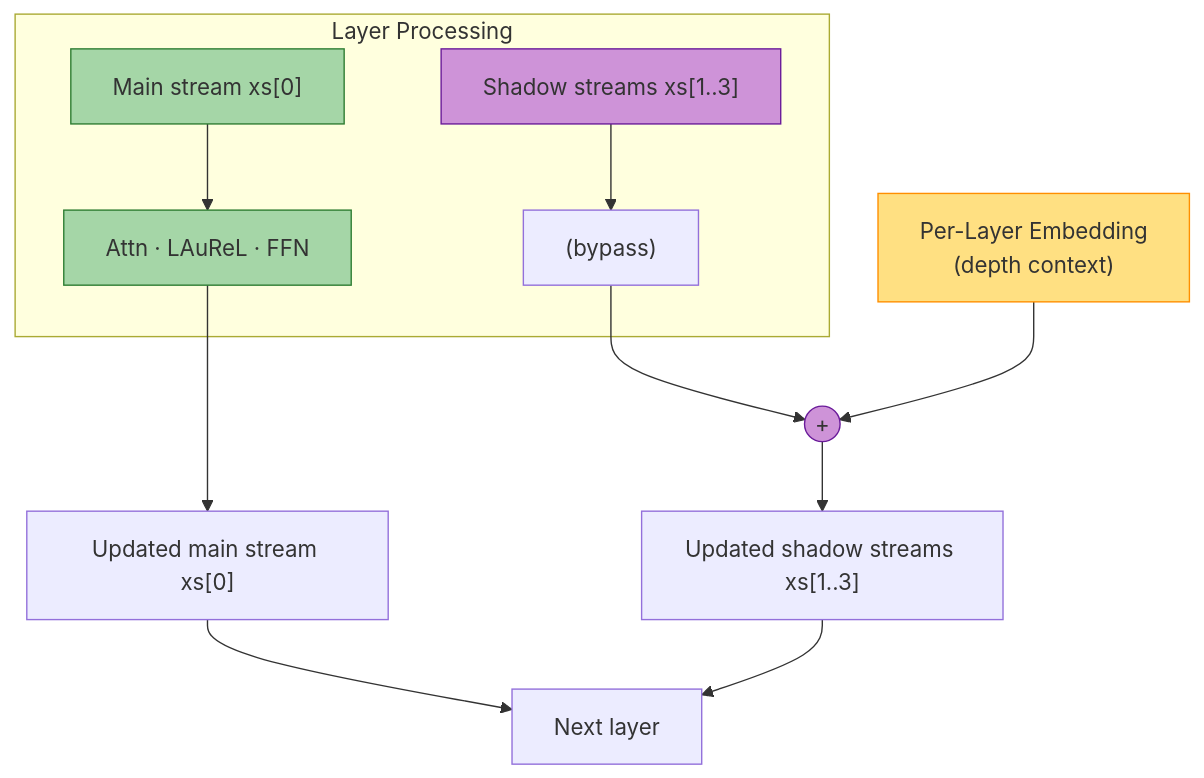
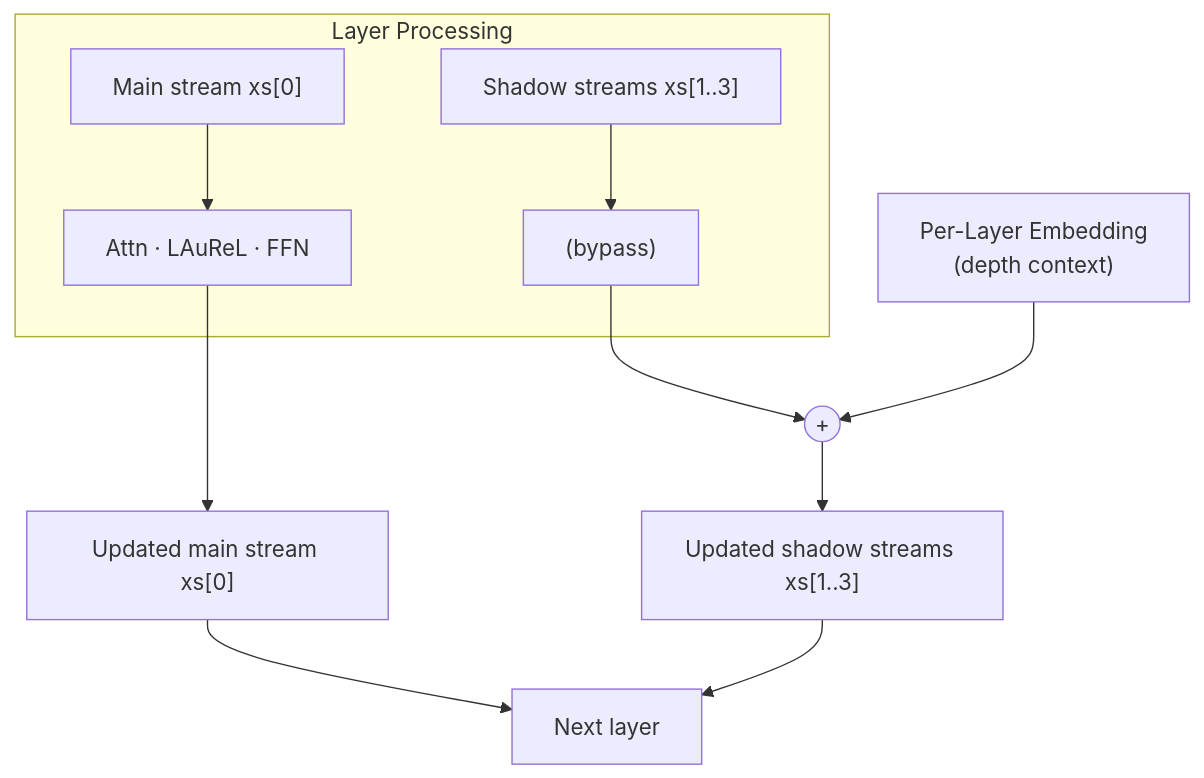
The second of 2 diagrams in docs/v002/Models/gemma3n_ple_laurel.rst (hwkim-dev/uCA), drawn with Mermaid before and after one commit. The commit also changed other lines of this file and 3 other files, not shown here.

First line of the commit message:
docs(en): strip hardcoded Mermaid colors for dark-mode parity

```diff
--- a/docs/v002/Models/gemma3n_ple_laurel.rst
+++ b/docs/v002/Models/gemma3n_ple_laurel.rst
@@ -115,18 +112,13 @@
 .. mermaid::
 
    graph TD
        subgraph "Layer Processing"
          X0["Main stream xs[0]"] --> MainComputation["Attn · LAuReL · FFN"]
          X1["Shadow streams xs[1..3]"] --> Wait["(bypass)"]
        end
        MainComputation --> X0_Out["Updated main stream xs[0]"]
        Wait --> AddPLE((+))
        PLE["Per-Layer Embedding<br/>(depth context)"] --> AddPLE
        AddPLE --> X1_Out["Updated shadow streams xs[1..3]"]
        X0_Out --> NextLayer["Next layer"]
        X1_Out --> NextLayer
-       style X0 fill:#a5d6a7,stroke:#2e7d32
-       style MainComputation fill:#a5d6a7,stroke:#2e7d32
-       style X1 fill:#ce93d8,stroke:#6a1b9a
-       style AddPLE fill:#ce93d8,stroke:#6a1b9a
-       style PLE fill:#ffe082,stroke:#ff8f00
```
